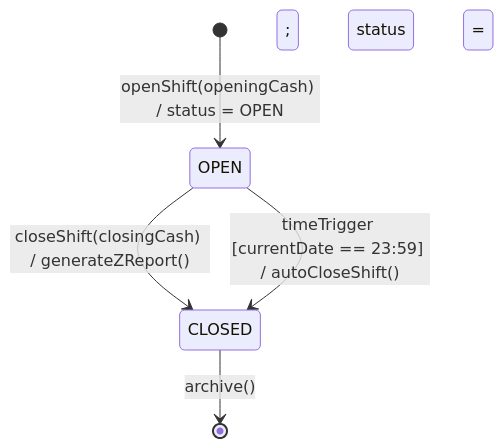
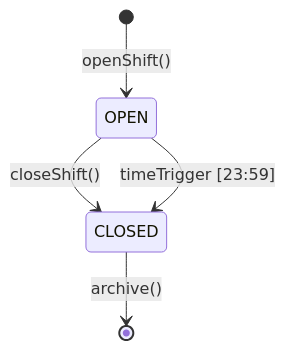
One commit to Shaichi/Khoga_coffe_shop changed the sixth of 6 diagrams in rds_sections/10_detailed_3_7_pos_transaction.md. Above: the diagram before and after it, drawn with Mermaid. The commit also changed 3 other files, not shown here.

````diff
--- a/rds_sections/10_detailed_3_7_pos_transaction.md
+++ b/rds_sections/10_detailed_3_7_pos_transaction.md
@@ -271,10 +271,10 @@
 ```mermaid
 stateDiagram-v2
-    [*] --> OPEN : openShift(openingCash) / status = OPEN
+    [*] --> OPEN : openShift()
 
-    OPEN --> CLOSED : closeShift(closingCash) / generateZReport(); status = CLOSED
+    OPEN --> CLOSED : closeShift()
 
-    OPEN --> CLOSED : timeTrigger [currentDate == 23:59] / autoCloseShift(); status = CLOSED
+    OPEN --> CLOSED : timeTrigger [23:59]
 
     CLOSED --> [*] : archive()
 ```
````
